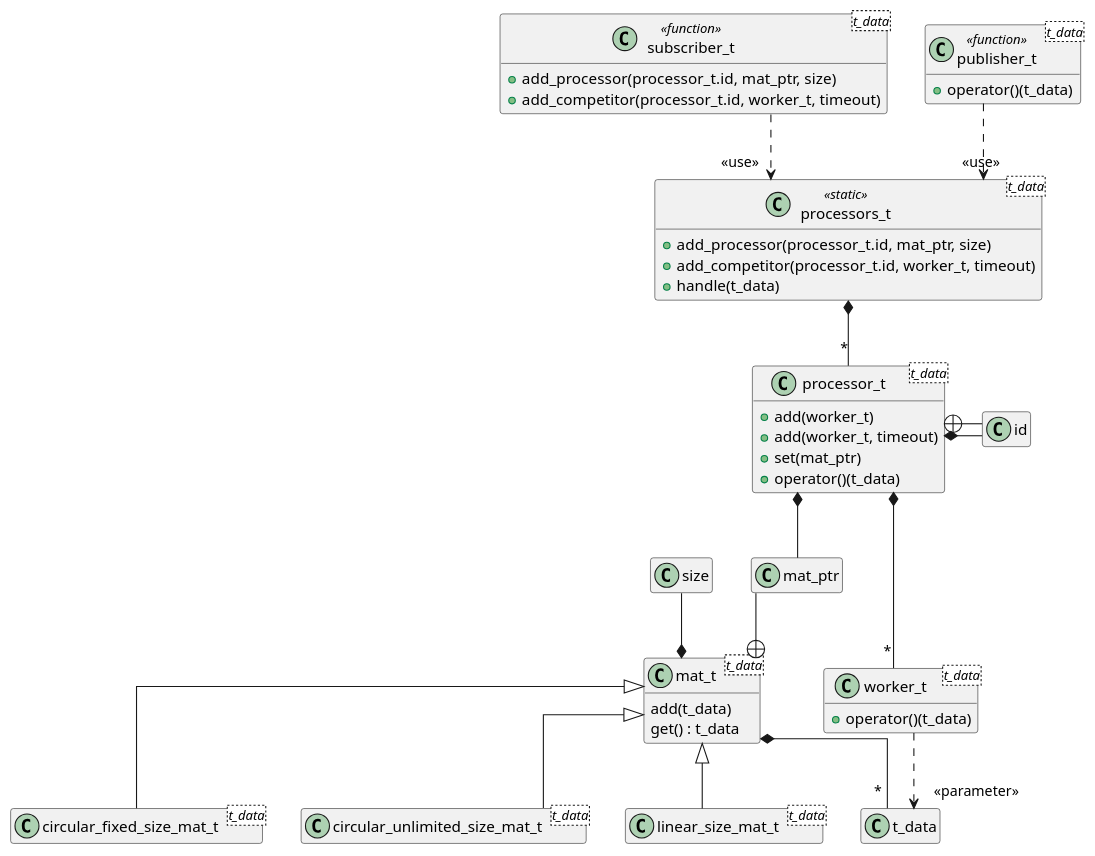
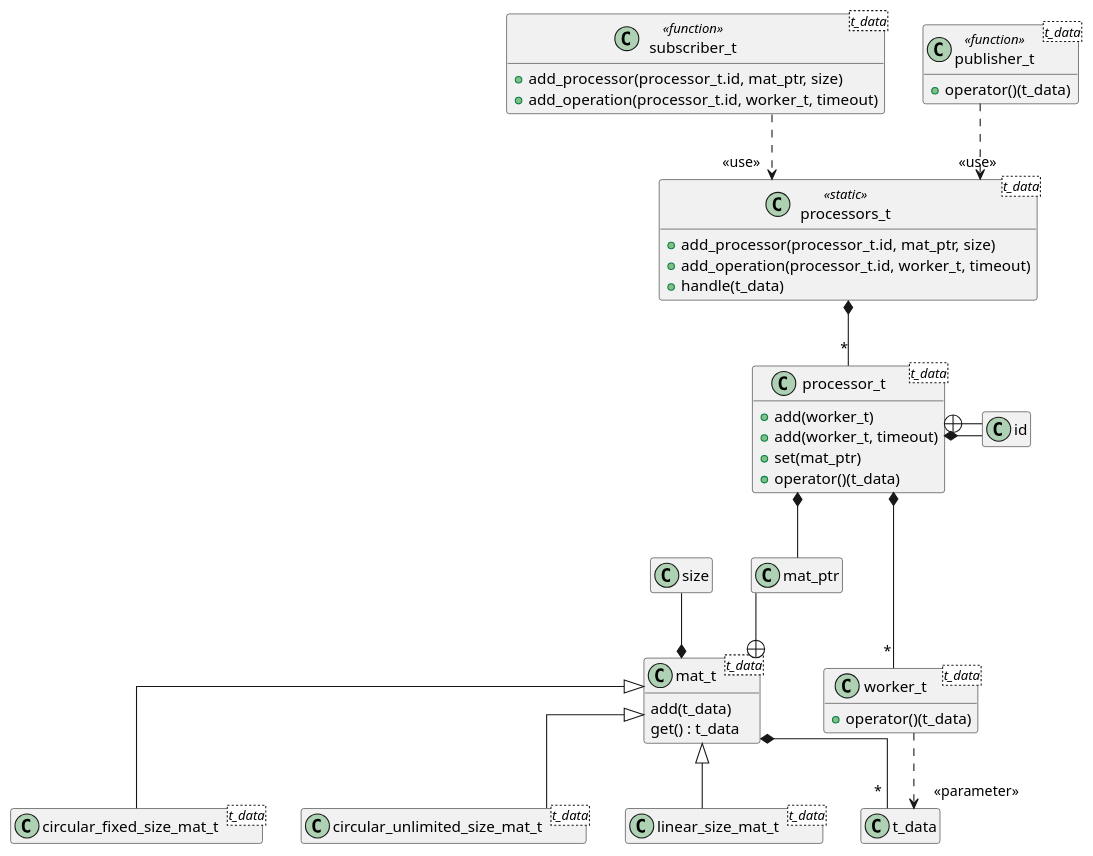
Before and after one commit to rodrigocanellas/tenacitas: the diagram in doc/projects/concurrent/classes_concrete.wsd, drawn with PlantUML. The commit also changed 4 other files, not shown here.

```diff
--- a/doc/projects/concurrent/classes_concrete.wsd
+++ b/doc/projects/concurrent/classes_concrete.wsd
@@ -1,72 +1,72 @@
 @startuml
 
 hide empty members
 skinparam processorsInheritance 2
 skinparam linetype ortho
 
 
 class mat_t<t_data> {    
     add(t_data)
     get() : t_data
 }
 
 class mat_ptr
 
 class circular_fixed_size_mat_t<t_data>
 class circular_unlimited_size_mat_t<t_data>
 class linear_size_mat_t<t_data>
 
 class size
 
 class worker_t<t_data> {
     + operator()(t_data) 
 }
 
 class id
 
 
 class processor_t<t_data> {
     + add(worker_t)
     + add(worker_t, timeout)
     + set(mat_ptr)
     + operator()(t_data)    
 }
 
 class processors_t <t_data> <<static>> {
     + add_processor(processor_t.id, mat_ptr, size)
-    + add_competitor(processor_t.id, worker_t, timeout)
+    + add_operation(processor_t.id, worker_t, timeout)
     + handle(t_data)
 }
 
 class subscriber_t  <t_data>  <<function>> {
     + add_processor(processor_t.id, mat_ptr, size)
-    + add_competitor(processor_t.id, worker_t, timeout)
+    + add_operation(processor_t.id, worker_t, timeout)
 }
 
 class publisher_t  <t_data> <<function>> {
     + operator()(t_data)
 }
 
 mat_t +-up- mat_ptr
 mat_t <|-- circular_fixed_size_mat_t
 mat_t <|-- circular_unlimited_size_mat_t
 mat_t <|-- linear_size_mat_t
 
 
 processor_t +-- id
 processor_t *-right- id
 
 mat_t *-up- size
 mat_t *-- "*" t_data
 worker_t ..> "<<parameter>>" t_data
 processor_t *-- mat_ptr
 processor_t *-- "*" worker_t
 
 processors_t *-- "*" processor_t
 
 subscriber_t ..> "<<use>>" processors_t
 publisher_t ..> "<<use>>" processors_t
 
 
 
 @enduml
```
